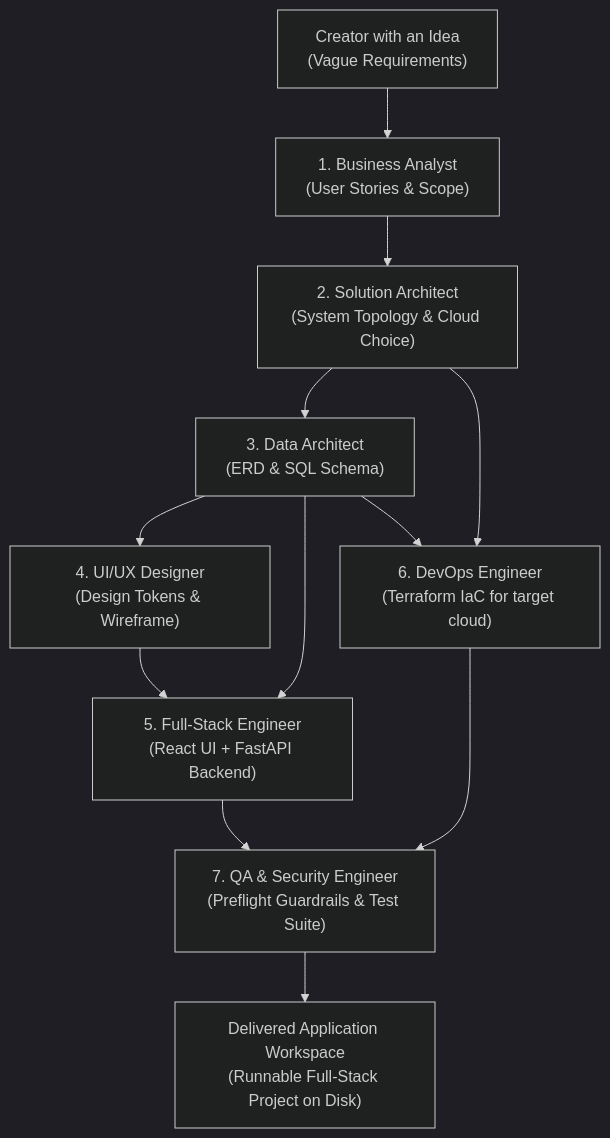
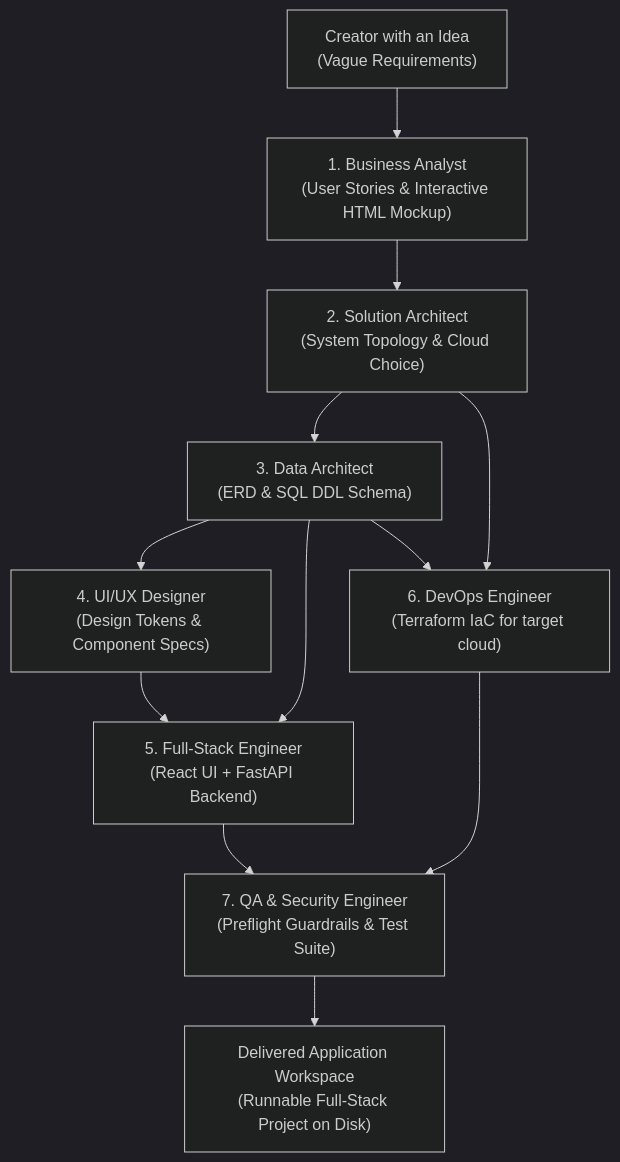
One commit to sabburi1994/nexus changed the diagram in README.md. Above: the diagram before and after it, drawn with Mermaid (dark theme). The commit also changed other lines of this file and 8 other files, not shown here.

````diff
--- a/README.md
+++ b/README.md
@@ -15,11 +15,11 @@
 ```mermaid
 flowchart TD
-    User["Creator with an Idea<br/>(Vague Requirements)"] --> BA["1. Business Analyst<br/>(User Stories & Scope)"]
+    User["Creator with an Idea<br/>(Vague Requirements)"] --> BA["1. Business Analyst<br/>(User Stories & Interactive HTML Mockup)"]
     BA --> SA["2. Solution Architect<br/>(System Topology & Cloud Choice)"]
-    SA --> DA["3. Data Architect<br/>(ERD & SQL Schema)"]
-    DA --> Design["4. UI/UX Designer<br/>(Design Tokens & Wireframe)"]
+    SA --> DA["3. Data Architect<br/>(ERD & SQL DDL Schema)"]
+    DA --> Design["4. UI/UX Designer<br/>(Design Tokens & Component Specs)"]
     Design & DA --> FS["5. Full-Stack Engineer<br/>(React UI + FastAPI Backend)"]
     SA & DA --> DevOps["6. DevOps Engineer<br/>(Terraform IaC for target cloud)"]
     FS & DevOps --> QA["7. QA & Security Engineer<br/>(Preflight Guardrails & Test Suite)"]
     QA --> Repo["Delivered Application Workspace<br/>(Runnable Full-Stack Project on Disk)"]
 ```
````
